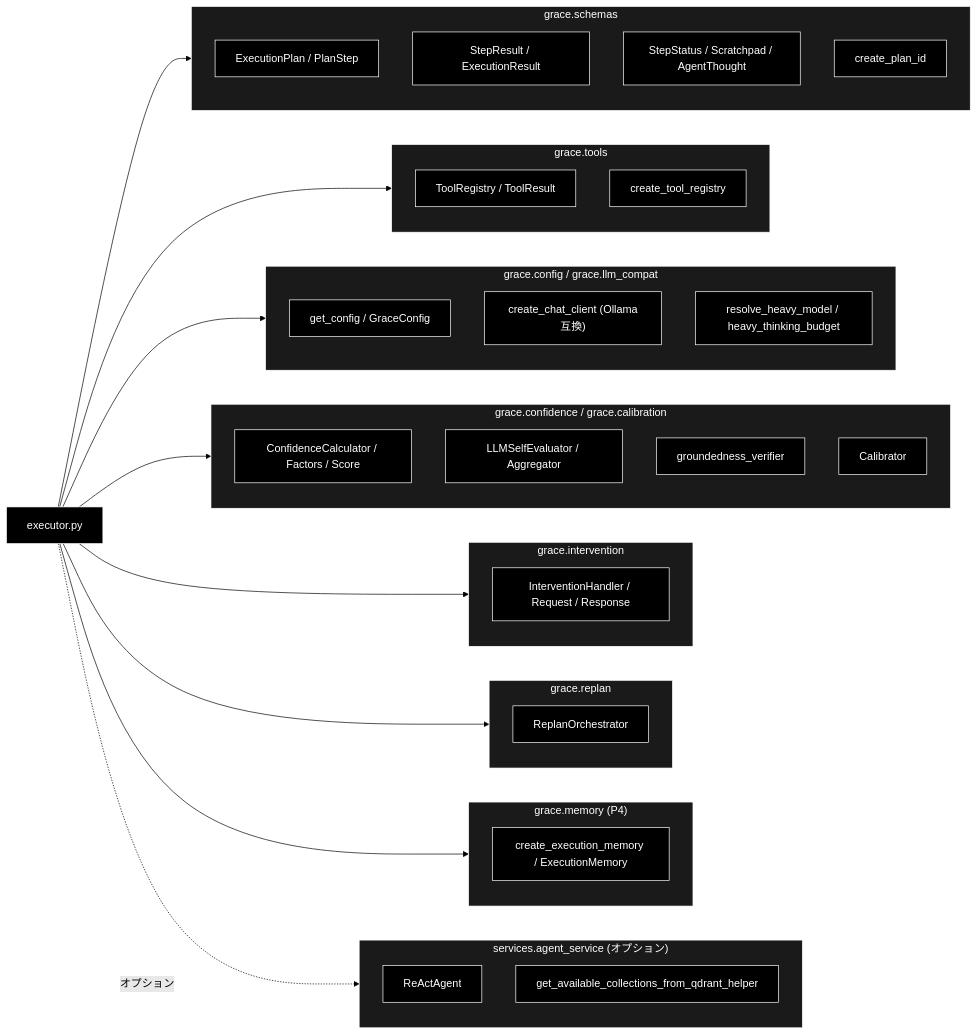
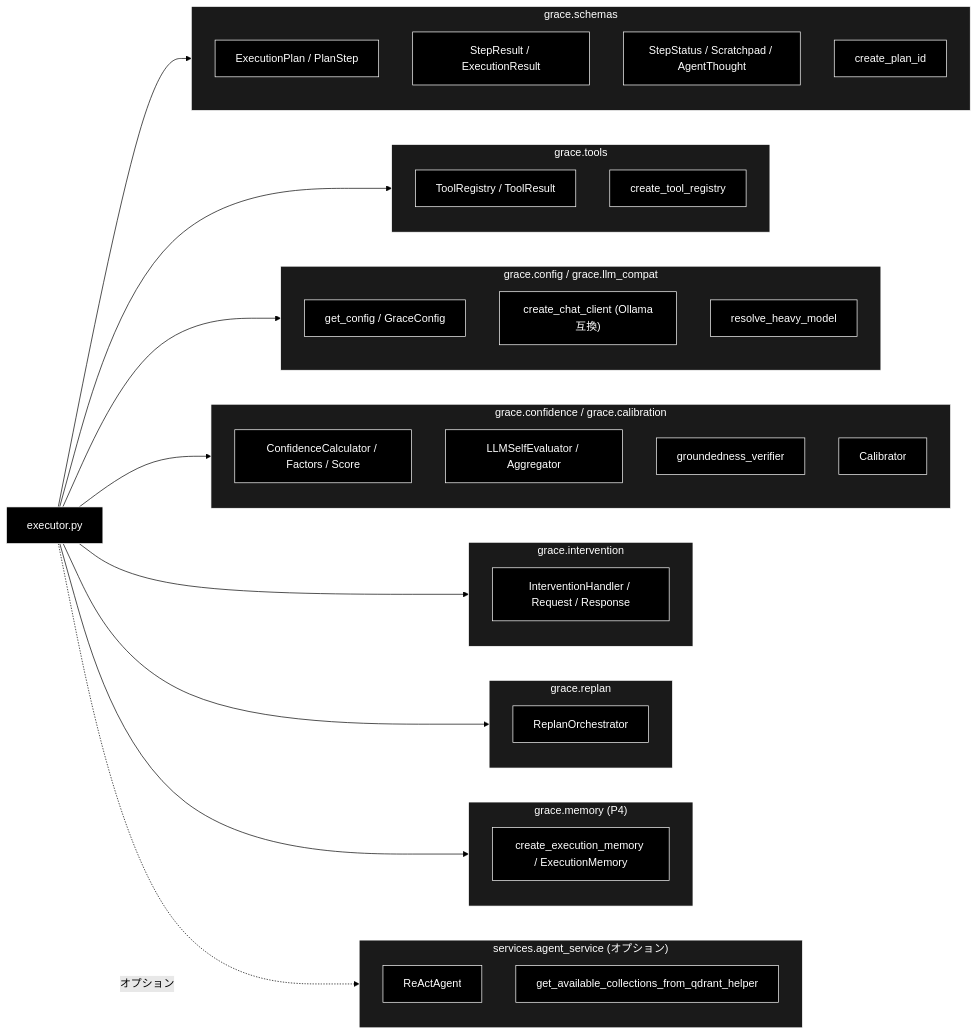
Before and after one commit to nakashima2toshio/grace_v2_local: the third of 6 diagrams in grace/docs/executor.md, drawn with Mermaid (forest theme). The commit also changed other lines of this file and 26 other files, not shown here.

````diff
--- a/grace/docs/executor.md
+++ b/grace/docs/executor.md
@@ -2493,66 +2493,66 @@
 ```mermaid
 flowchart LR
     EXECUTOR["executor.py"]
 
     subgraph SCHEMAS["grace.schemas"]
         S1["ExecutionPlan / PlanStep"]
         S2["StepResult / ExecutionResult"]
         S3S["StepStatus / Scratchpad / AgentThought"]
         S4["create_plan_id"]
     end
 
     subgraph TOOLS["grace.tools"]
         T1["ToolRegistry / ToolResult"]
         T2["create_tool_registry"]
     end
 
     subgraph CONFIG["grace.config / grace.llm_compat"]
         C1["get_config / GraceConfig"]
         C2["create_chat_client (Ollama互換)"]
-        C3["resolve_heavy_model / heavy_thinking_budget"]
+        C3["resolve_heavy_model"]
     end
 
     subgraph CONFIDENCE["grace.confidence / grace.calibration"]
         CF1["ConfidenceCalculator / Factors / Score"]
         CF2["LLMSelfEvaluator / Aggregator"]
         CF3["groundedness_verifier"]
         CF4["Calibrator"]
     end
 
     subgraph INTERVENTION["grace.intervention"]
         I1["InterventionHandler / Request / Response"]
     end
 
     subgraph REPLAN["grace.replan"]
         R1["ReplanOrchestrator"]
     end
 
     subgraph MEMORY["grace.memory (P4)"]
         M1["create_execution_memory / ExecutionMemory"]
     end
 
     subgraph LEGACY["services.agent_service (オプション)"]
         L1["ReActAgent"]
         L2["get_available_collections_from_qdrant_helper"]
     end
 
     EXECUTOR --> SCHEMAS
     EXECUTOR --> TOOLS
     EXECUTOR --> CONFIG
     EXECUTOR --> CONFIDENCE
     EXECUTOR --> INTERVENTION
     EXECUTOR --> REPLAN
     EXECUTOR --> MEMORY
     EXECUTOR -.->|オプション| LEGACY
 classDef default fill:#000,stroke:#fff,color:#fff
 classDef subgraphStyle fill:#1a1a1a,stroke:#fff,color:#fff
 class EXECUTOR,S1,S2,S3S,S4,T1,T2,C1,C2,C3,CF1,CF2,CF3,CF4,I1,R1,M1,L1,L2 default
 style SCHEMAS fill:#1a1a1a,stroke:#fff,color:#fff
 style TOOLS fill:#1a1a1a,stroke:#fff,color:#fff
 style CONFIG fill:#1a1a1a,stroke:#fff,color:#fff
 style CONFIDENCE fill:#1a1a1a,stroke:#fff,color:#fff
 style INTERVENTION fill:#1a1a1a,stroke:#fff,color:#fff
 style REPLAN fill:#1a1a1a,stroke:#fff,color:#fff
 style MEMORY fill:#1a1a1a,stroke:#fff,color:#fff
 style LEGACY fill:#1a1a1a,stroke:#fff,color:#fff
 ```
````
